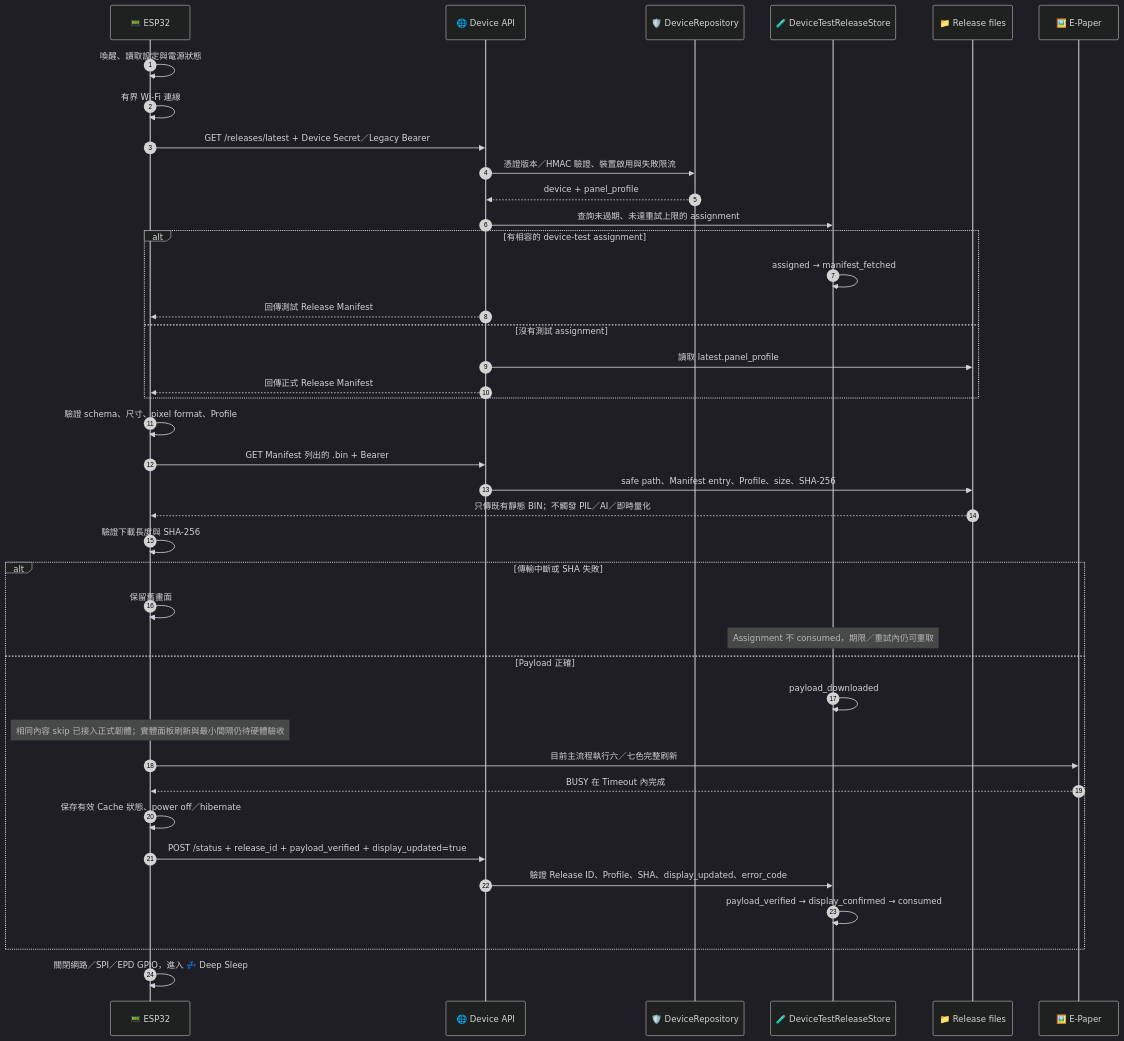
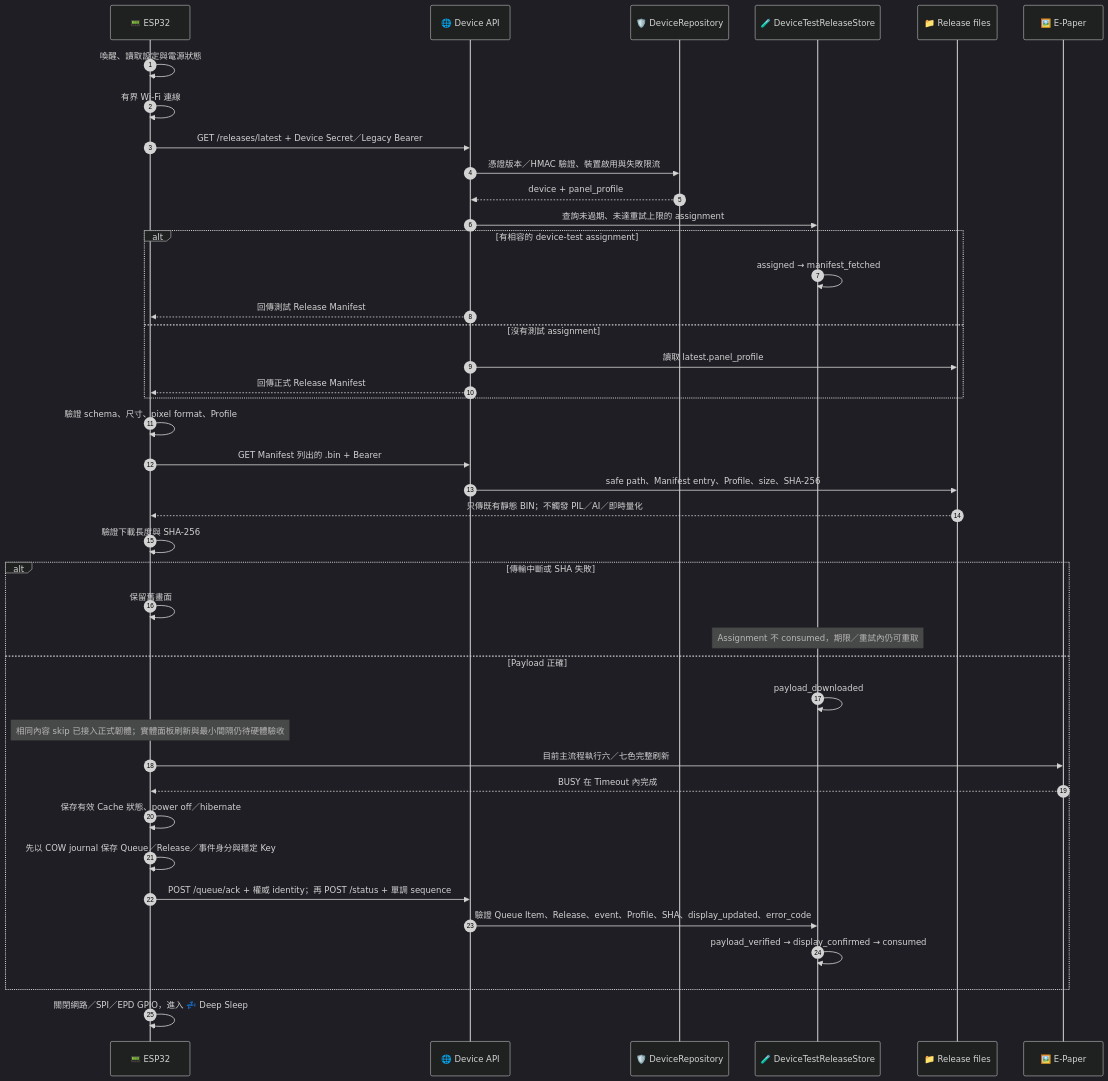
Before and after one commit to steven87090799/InkTime: diagram 11 of 15 in README.md, drawn with Mermaid (dark theme). The commit also changed other lines of this file and 45 other files, not shown here.

Commit message:
docs: sync project documentation with current architecture

````diff
--- a/README.md
+++ b/README.md
@@ -436,43 +439,44 @@
 ```mermaid
 sequenceDiagram
     autonumber
     participant E as 📟 ESP32
     participant A as 🌐 Device API
     participant D as 🛡️ DeviceRepository
     participant T as 🧪 DeviceTestReleaseStore
     participant F as 📁 Release files
     participant P as 🖼️ E-Paper
 
     E->>E: 喚醒、讀取設定與電源狀態
     E->>E: 有界 Wi-Fi 連線
     E->>A: GET /releases/latest + Device Secret／Legacy Bearer
     A->>D: 憑證版本／HMAC 驗證、裝置啟用與失敗限流
     D-->>A: device + panel_profile
     A->>T: 查詢未過期、未達重試上限的 assignment
     alt 有相容的 device-test assignment
         T->>T: assigned → manifest_fetched
         A-->>E: 回傳測試 Release Manifest
     else 沒有測試 assignment
         A->>F: 讀取 latest.panel_profile
         A-->>E: 回傳正式 Release Manifest
     end
     E->>E: 驗證 schema、尺寸、pixel format、Profile
     E->>A: GET Manifest 列出的 .bin + Bearer
     A->>F: safe path、Manifest entry、Profile、size、SHA-256
     F-->>E: 只傳既有靜態 BIN；不觸發 PIL／AI／即時量化
     E->>E: 驗證下載長度與 SHA-256
     alt 傳輸中斷或 SHA 失敗
         E->>E: 保留舊畫面
         Note over T: Assignment 不 consumed，期限／重試內仍可重取
     else Payload 正確
         T->>T: payload_downloaded
         Note over E: 相同內容 skip 已接入正式韌體；實體面板刷新與最小間隔仍待硬體驗收
         E->>P: 目前主流程執行六／七色完整刷新
         P-->>E: BUSY 在 Timeout 內完成
         E->>E: 保存有效 Cache 狀態、power off／hibernate
-        E->>A: POST /status + release_id + payload_verified + display_updated=true
-        A->>T: 驗證 Release ID、Profile、SHA、display_updated、error_code
+        E->>E: 先以 COW journal 保存 Queue／Release／事件身分與穩定 Key
+        E->>A: POST /queue/ack + 權威 identity；再 POST /status + 單調 sequence
+        A->>T: 驗證 Queue Item、Release、event、Profile、SHA、display_updated、error_code
         T->>T: payload_verified → display_confirmed → consumed
     end
     E->>E: 關閉網路／SPI／EPD GPIO，進入 💤 Deep Sleep
 ```
````
